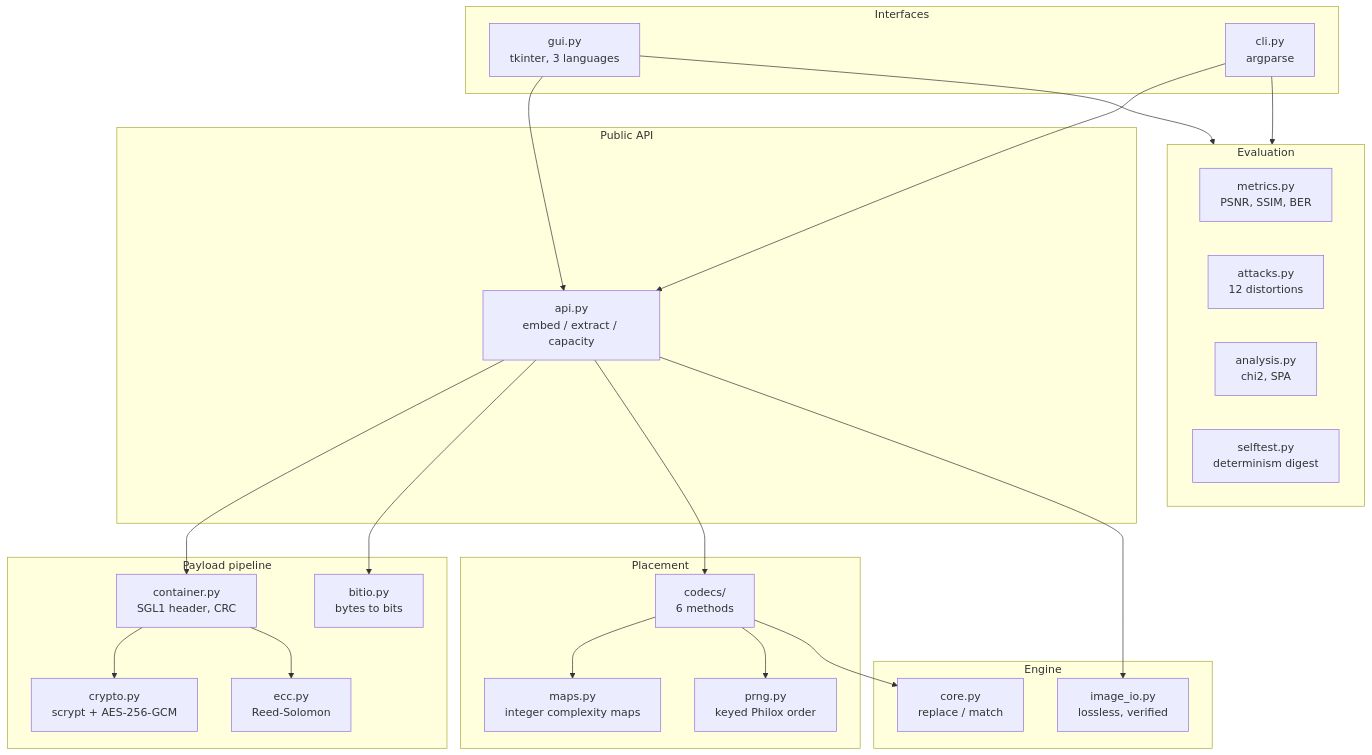
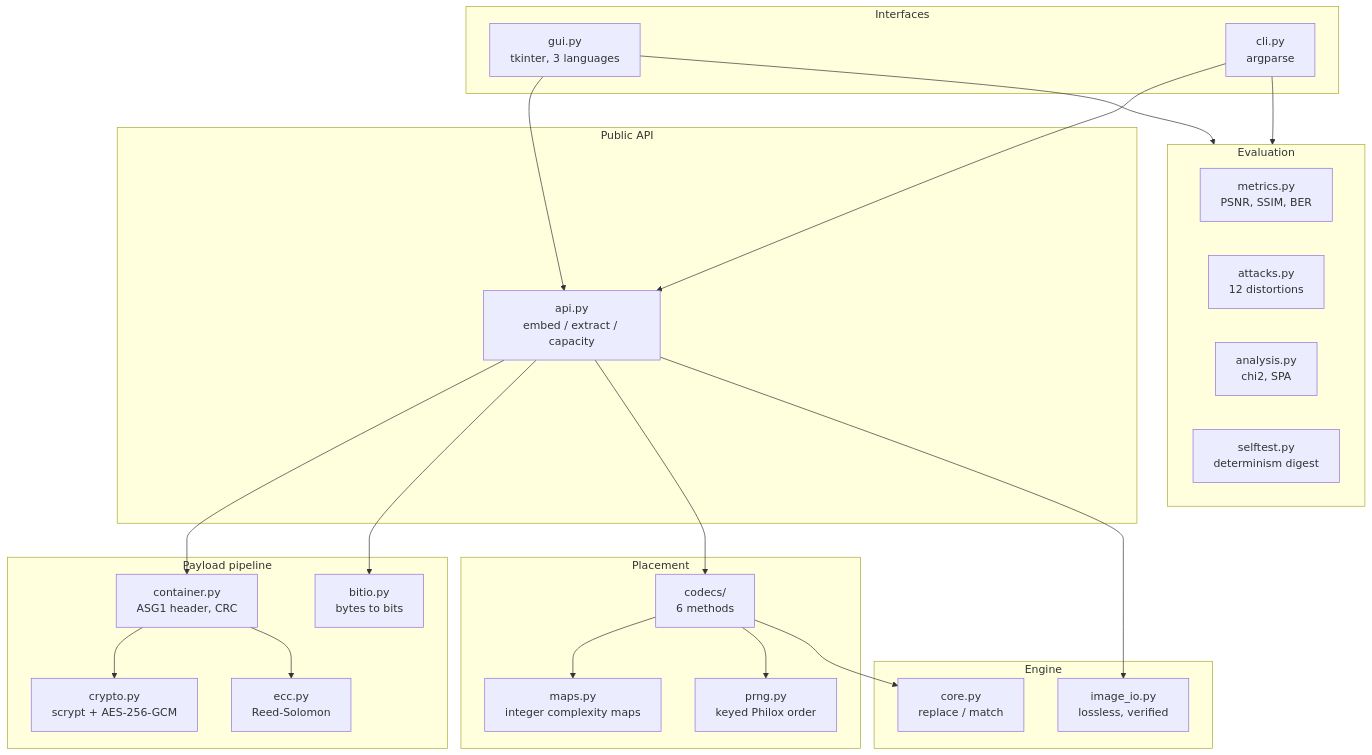
One commit to RE22GDV/AdaptiveStego changed the first of 3 diagrams in docs/architecture.md. Above: the diagram before and after it, drawn with Mermaid. The commit also changed other lines of this file and 51 other files, not shown here.

````diff
--- a/docs/architecture.md
+++ b/docs/architecture.md
@@ -5,50 +5,50 @@
 ```mermaid
 flowchart TB
     subgraph ui["Interfaces"]
         GUI["gui.py<br/>tkinter, 3 languages"]
         CLI["cli.py<br/>argparse"]
     end
 
     subgraph api_layer["Public API"]
         API["api.py<br/>embed / extract / capacity"]
     end
 
     subgraph payload["Payload pipeline"]
-        CONT["container.py<br/>SGL1 header, CRC"]
+        CONT["container.py<br/>ASG1 header, CRC"]
         CRYPTO["crypto.py<br/>scrypt + AES-256-GCM"]
         ECC["ecc.py<br/>Reed-Solomon"]
         BITIO["bitio.py<br/>bytes to bits"]
     end
 
     subgraph placement["Placement"]
         CODECS["codecs/<br/>6 methods"]
         MAPS["maps.py<br/>integer complexity maps"]
         PRNG["prng.py<br/>keyed Philox order"]
     end
 
     subgraph engine["Engine"]
         CORE["core.py<br/>replace / match"]
         IO["image_io.py<br/>lossless, verified"]
     end
 
     subgraph eval["Evaluation"]
         METRICS["metrics.py<br/>PSNR, SSIM, BER"]
         ATTACKS["attacks.py<br/>12 distortions"]
         ANALYSIS["analysis.py<br/>chi2, SPA"]
         SELFTEST["selftest.py<br/>determinism digest"]
     end
 
     GUI --> API
     CLI --> API
     GUI --> eval
     CLI --> eval
     API --> CONT
     API --> BITIO
     API --> CODECS
     API --> IO
     CONT --> CRYPTO
     CONT --> ECC
     CODECS --> MAPS
     CODECS --> PRNG
     CODECS --> CORE
 ```
````
